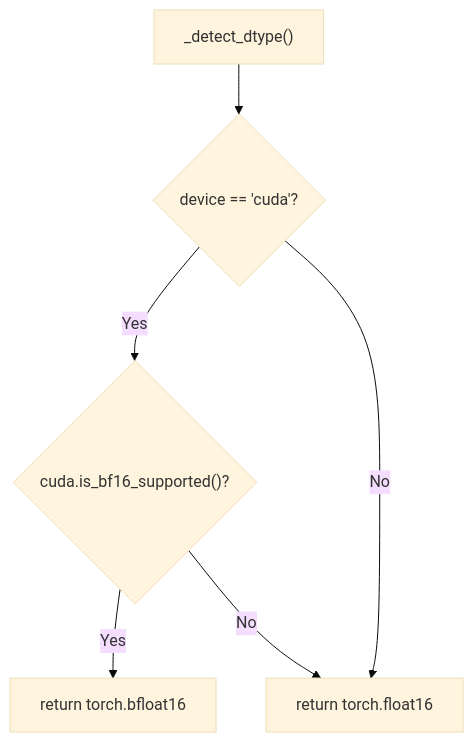
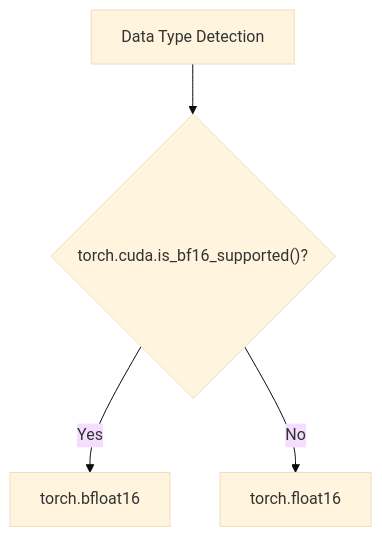
Before and after one commit to akosgintl/colpali-rag-app: the fourth of 6 diagrams in docs/modules/colpali.md, drawn with Mermaid (base theme). The commit also changed other lines of this file and 42 other files, not shown here.

````diff
--- a/docs/modules/colpali.md
+++ b/docs/modules/colpali.md
@@ -129,16 +137,13 @@
 ```mermaid
 graph TD
-    Start["_detect_dtype()"]
+    Start["Data Type Detection"]
 
-    IsCUDA{"device == 'cuda'?"}
-    SupportsBF16{"cuda.is_bf16_supported()?"}
+    SupportsBF16{"torch.cuda.is_bf16_supported()?"}
 
-    RetBF16["return torch.bfloat16"]
-    RetFP16["return torch.float16"]
+    RetBF16["torch.bfloat16"]
+    RetFP16["torch.float16"]
 
-    Start --> IsCUDA
-    IsCUDA -->|Yes| SupportsBF16
+    Start --> SupportsBF16
     SupportsBF16 -->|Yes| RetBF16
     SupportsBF16 -->|No| RetFP16
-    IsCUDA -->|No| RetFP16
 ```
````
